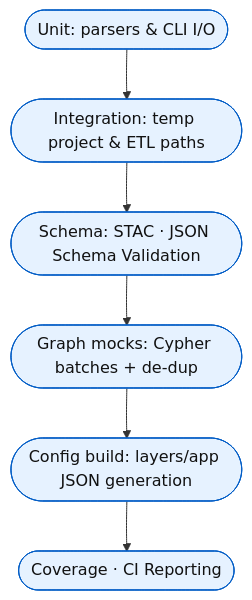
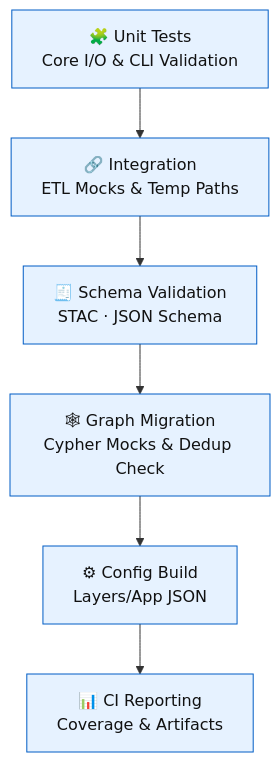
One commit to bartytime4life/Kansas-Frontier-Matrix changed the diagram in tests/README.md. Above: the diagram before and after it, drawn with Mermaid. The commit also changed other lines of this file, not shown here.

````diff
--- a/tests/README.md
+++ b/tests/README.md
@@ -89,10 +90,10 @@
 ```mermaid
 flowchart TD
-  A([Unit: parsers & CLI I/O]) --> B([Integration: temp project & ETL paths])
-  B --> C([Schema: STAC · JSON Schema Validation])
-  C --> D([Graph mocks: Cypher batches + de-dup])
-  D --> E([Config build: layers/app JSON generation])
-  E --> F([Coverage · CI Reporting])
+  A["🧩 Unit Tests<br/>Core I/O & CLI Validation"] --> B["🔗 Integration<br/>ETL Mocks & Temp Paths"]
+  B --> C["🧾 Schema Validation<br/>STAC · JSON Schema"]
+  C --> D["🕸 Graph Migration<br/>Cypher Mocks & Dedup Check"]
+  D --> E["⚙ Config Build<br/>Layers/App JSON"]
+  E --> F["📊 CI Reporting<br/>Coverage & Artifacts"]
   classDef step fill:#e6f2ff,stroke:#005cc5,color:#111;
   class A,B,C,D,E,F step;
 ```
````
